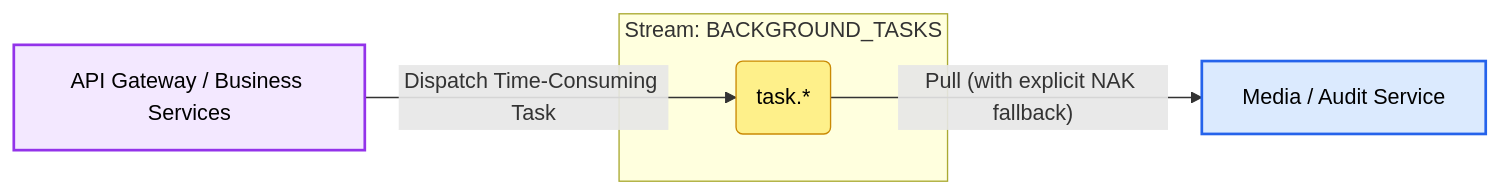
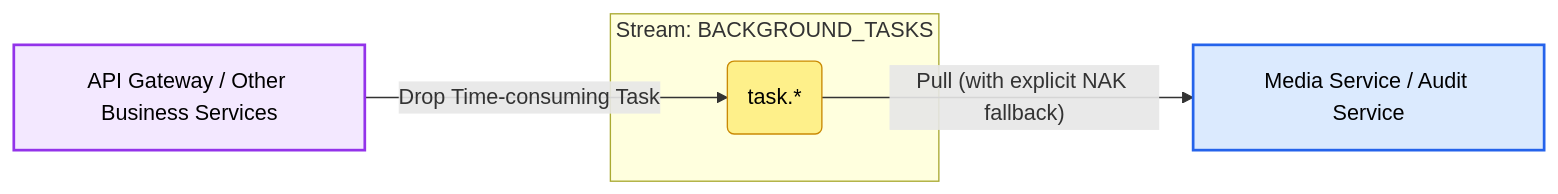
Diagram 11 of 12 in docs/devdocs/jetstream-strategy.md (JamesWilson19970101/ocean.chat.docs), drawn with Mermaid before and after one commit. The commit also changed other lines of this file and 5 other files, not shown here.

First line of the commit message:
docs(architecture): update JetStream strategy, microservices and ADRs

````diff
--- a/docs/devdocs/jetstream-strategy.md
+++ b/docs/devdocs/jetstream-strategy.md
@@ -517,16 +484,16 @@
 ```mermaid
 flowchart LR
   classDef gateway fill:#f3e8ff,stroke:#9333ea,stroke-width:2px,color:#000;
   classDef service fill:#dbeafe,stroke:#2563eb,stroke-width:2px,color:#000;
   classDef subject fill:#fef08a,stroke:#ca8a04,stroke-width:1px,color:#000;
 
-  P[API Gateway / Business Services]:::gateway
-  C[Media / Audit Service]:::service
+  P[API Gateway / Other Business Services]:::gateway
+  C[Media Service / Audit Service]:::service
 
   subgraph Stream: BACKGROUND_TASKS
     SUB(task.*):::subject
   end
 
-  P -- Dispatch Time-Consuming Task --> SUB
+  P -- Drop Time-consuming Task --> SUB
   SUB -- Pull (with explicit NAK fallback) --> C
 ```
````
